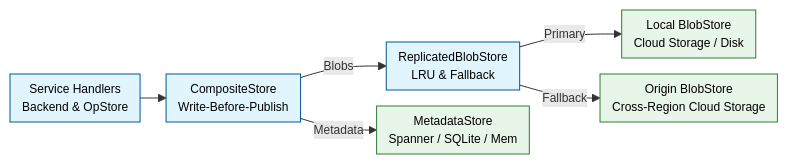
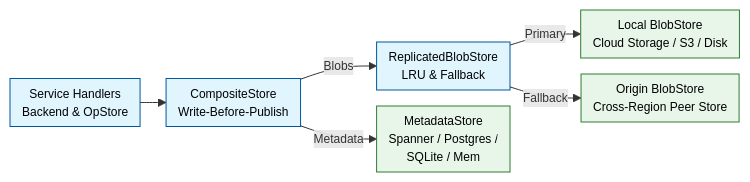
Before and after one commit to jj-vcs/jj-commit-cloud: the first of 3 diagrams in docs/spanner-and-gcs-design.md, drawn with Mermaid. The commit also changed other lines of this file and 41 other files, not shown here.

````diff
--- a/docs/spanner-and-gcs-design.md
+++ b/docs/spanner-and-gcs-design.md
@@ -34,19 +35,19 @@
 ```mermaid
 %%{init: {"themeVariables": {"fontSize": "12px"}, "flowchart": {"nodeSpacing": 16, "rankSpacing": 26, "padding": 6, "diagramPadding": 8}}}%%
 flowchart LR
     classDef component fill:#e1f5fe,stroke:#01579b,color:#000;
     classDef storage fill:#e8f5e9,stroke:#2e7d32,color:#000;
 
     Handlers["Service Handlers<br/>Backend & OpStore"]:::component
     Composite["CompositeStore<br/>Write-Before-Publish"]:::component
     Repl["ReplicatedBlobStore<br/>LRU & Fallback"]:::component
-    Meta["MetadataStore<br/>Spanner / SQLite / Mem"]:::storage
-    LocalObj["Local BlobStore<br/>Cloud Storage / Disk"]:::storage
-    OriginObj["Origin BlobStore<br/>Cross-Region Cloud Storage"]:::storage
+    Meta["MetadataStore<br/>Spanner / Postgres /<br/>SQLite / Mem"]:::storage
+    LocalObj["Local BlobStore<br/>Cloud Storage / S3 / Disk"]:::storage
+    OriginObj["Origin BlobStore<br/>Cross-Region Peer Store"]:::storage
 
     Handlers --> Composite
     Composite -->|"Metadata"| Meta
     Composite -->|"Blobs"| Repl
     Repl -->|"Primary"| LocalObj
     Repl -->|"Fallback"| OriginObj
 ```
````
